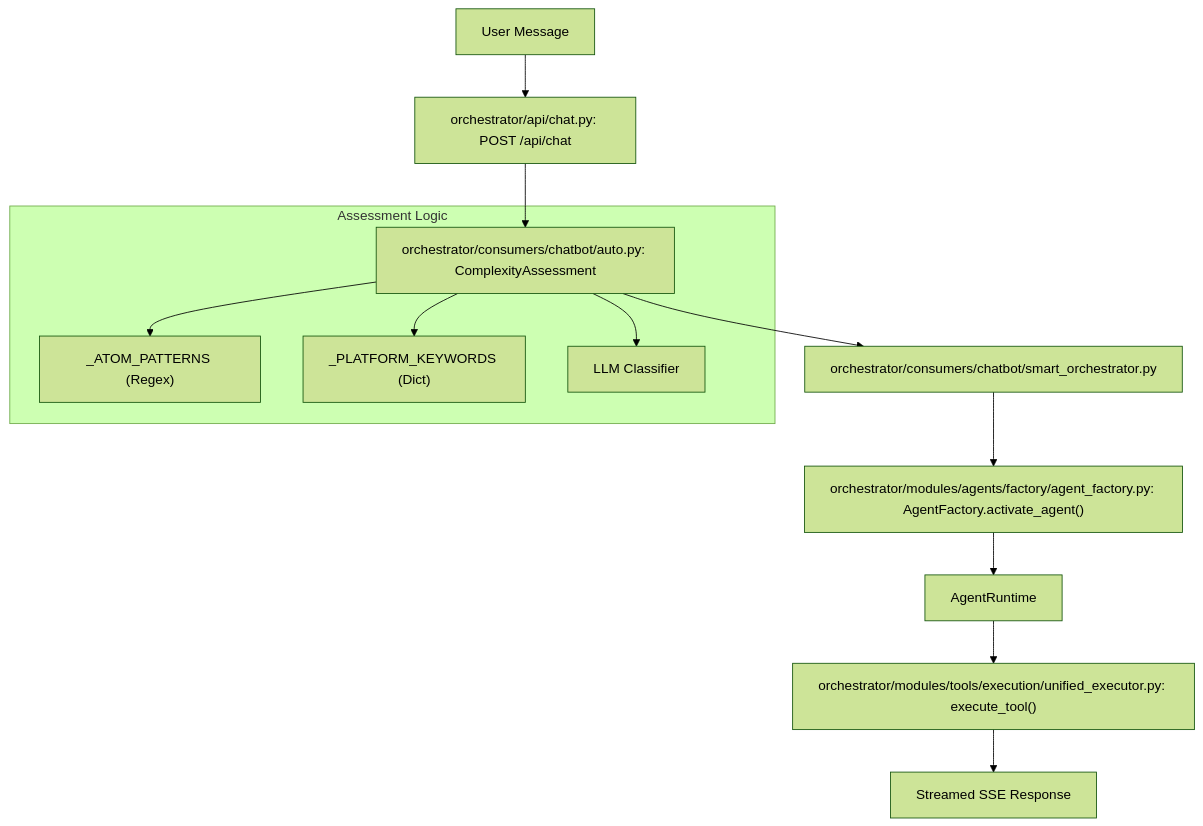
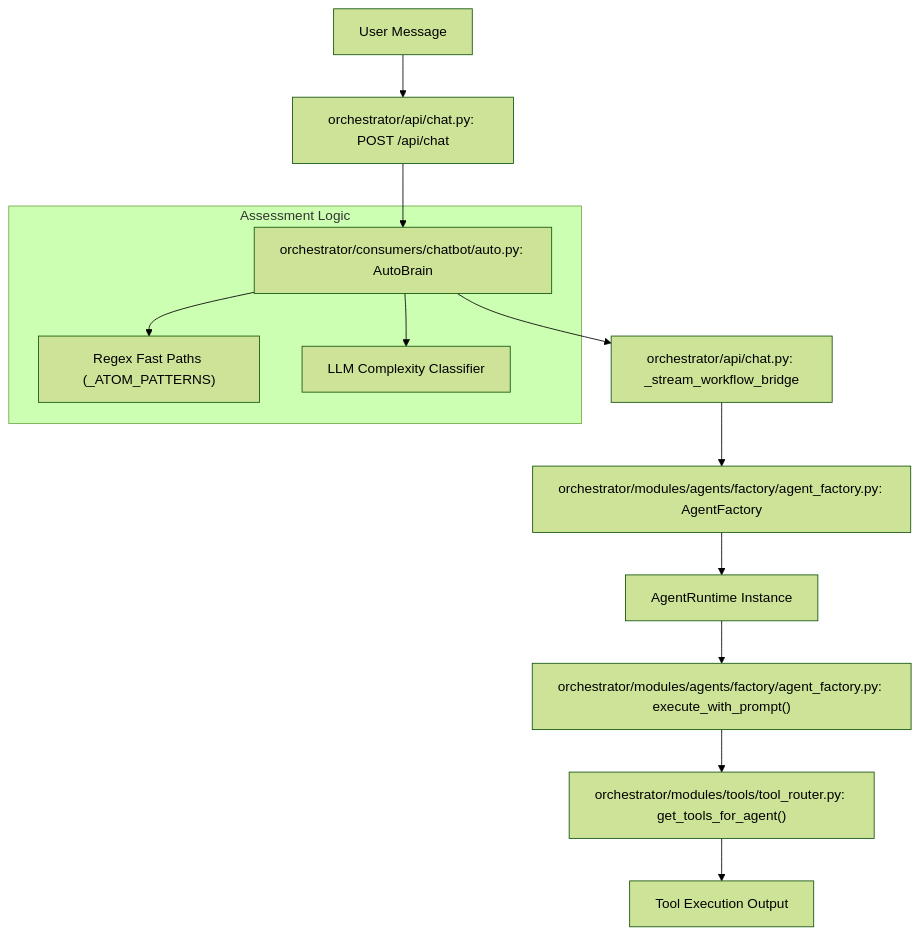
Before and after one commit to AutomatosAI/automatos-ai: the first of 2 diagrams in docs/glossary/_index.md, drawn with Mermaid (forest theme). The commit also changed other lines of this file and 153 other files, not shown here.

````diff
--- a/docs/glossary/_index.md
+++ b/docs/glossary/_index.md
@@ -167,18 +127,18 @@
 ```mermaid
 graph TD
     User["User Message"] --> Router["orchestrator/api/chat.py: POST /api/chat"]
-    Router --> Auto["orchestrator/consumers/chatbot/auto.py: ComplexityAssessment"]
+    Router --> Auto["orchestrator/consumers/chatbot/auto.py: AutoBrain"]
     
     subgraph "Assessment Logic"
-        Auto --> P1["_ATOM_PATTERNS (Regex)"]
-        Auto --> P2["_PLATFORM_KEYWORDS (Dict)"]
-        Auto --> P3["LLM Classifier"]
+        Auto --> P1["Regex Fast Paths (_ATOM_PATTERNS)"]
+        Auto --> P2["LLM Complexity Classifier"]
     end
     
-    Auto --> Orchestrator["orchestrator/consumers/chatbot/smart_orchestrator.py"]
-    Orchestrator --> Factory["orchestrator/modules/agents/factory/agent_factory.py: AgentFactory.activate_agent()"]
-    Factory --> Runtime["AgentRuntime"]
+    Auto --> Bridge["orchestrator/api/chat.py: _stream_workflow_bridge"]
+    Bridge --> Factory["orchestrator/modules/agents/factory/agent_factory.py: AgentFactory"]
+    Factory --> Runtime["AgentRuntime Instance"]
     
-    Runtime --> Tools["orchestrator/modules/tools/execution/unified_executor.py: execute_tool()"]
-    Tools --> Output["Streamed SSE Response"]
+    Runtime --> Exec["orchestrator/modules/agents/factory/agent_factory.py: execute_with_prompt()"]
+    Exec --> Tools["orchestrator/modules/tools/tool_router.py: get_tools_for_agent()"]
+    Tools --> ToolResult["Tool Execution Output"]
 ```
````
